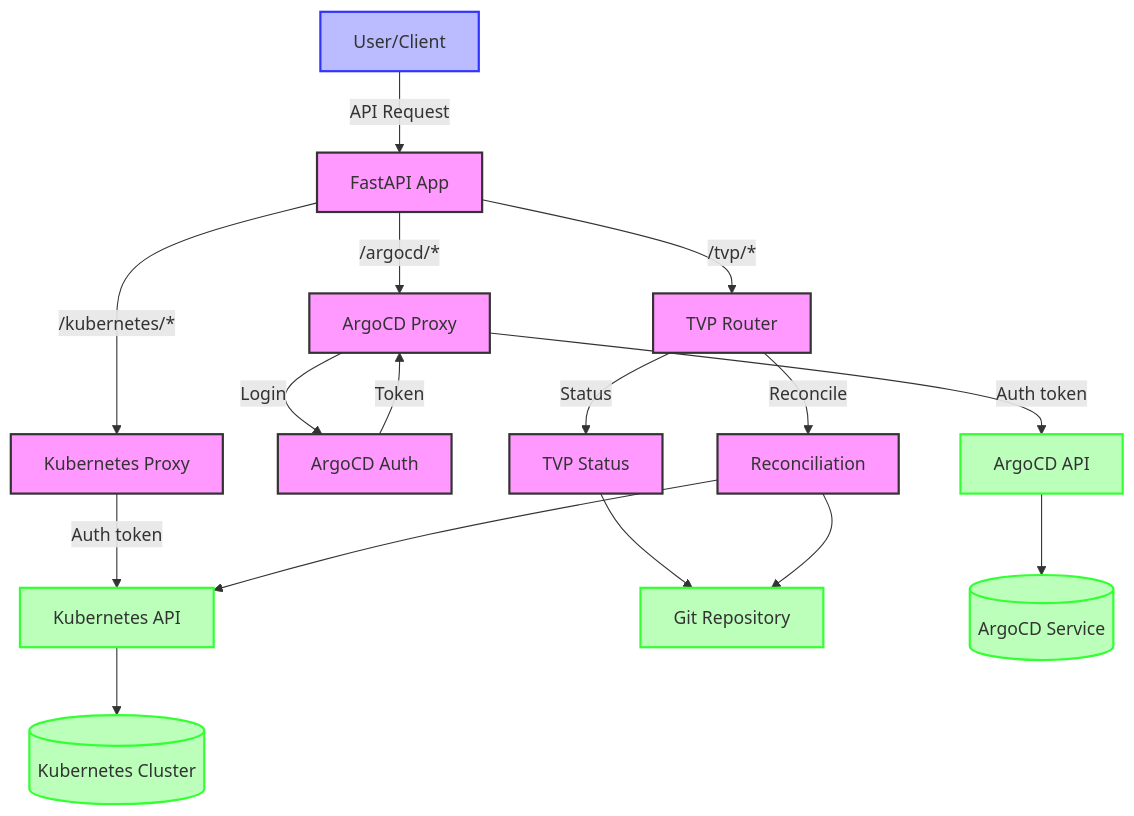
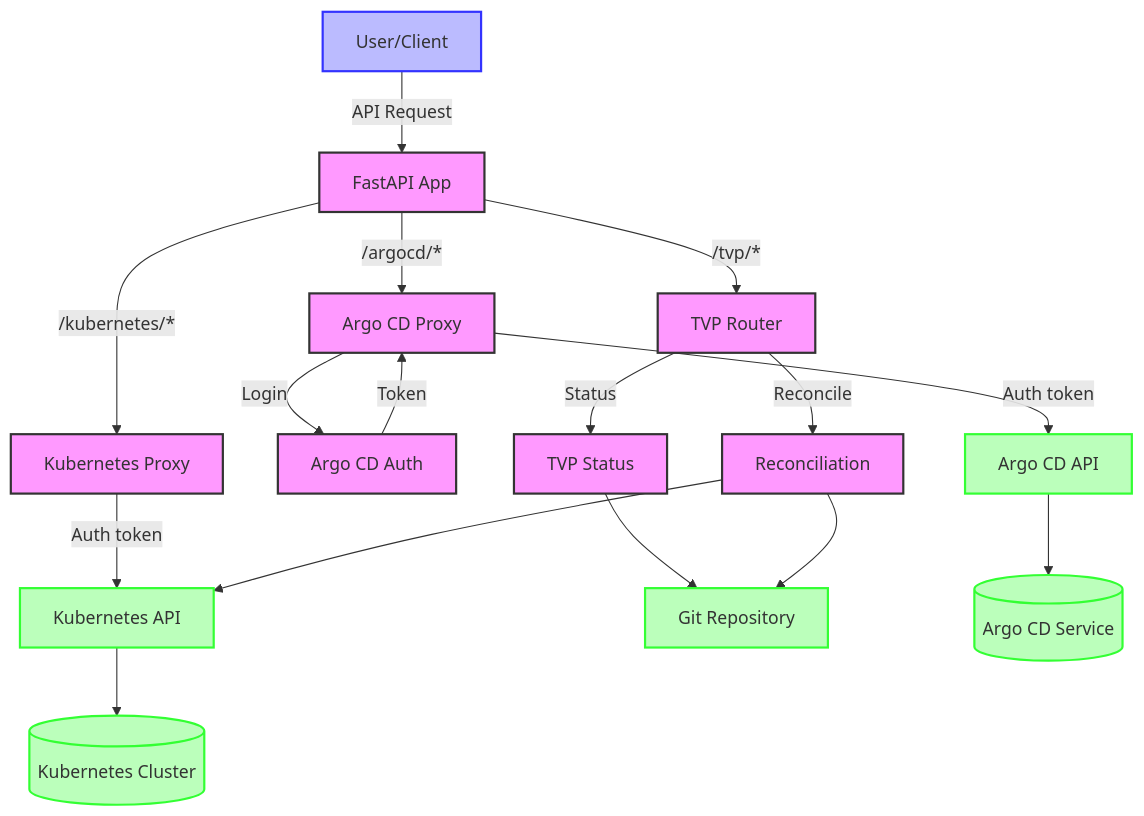
Before and after one commit to lloydchang/tvp-k8s: the ninth of 9 diagrams in README.md, drawn with Mermaid. The commit also changed other lines of this file and 5 other files, not shown here.

````diff
--- a/README.md
+++ b/README.md
@@ -413,32 +413,32 @@
 ```mermaid
 flowchart TD
     User[User/Client] -->|API Request| API[FastAPI App]
     
     API -->|/kubernetes/*| KP[Kubernetes Proxy]
-    API -->|/argocd/*| AP[ArgoCD Proxy]
+    API -->|/argocd/*| AP[Argo CD Proxy]
     API -->|/tvp/*| TVP[TVP Router]
     
     KP -->|Auth token| KA[Kubernetes API]
-    AP -->|Login| Auth[ArgoCD Auth]
+    AP -->|Login| Auth[Argo CD Auth]
     Auth -->|Token| AP
-    AP -->|Auth token| AA[ArgoCD API]
+    AP -->|Auth token| AA[Argo CD API]
     
     TVP -->|Status| TS[TVP Status]
     TVP -->|Reconcile| R[Reconciliation]
     
     TS --> Git[Git Repository]
     R --> Git
     R --> KA
     
     KA --> K8s[(Kubernetes Cluster)]
-    AA --> ArgoCD[(ArgoCD Service)]
+    AA --> ArgoCD[(Argo CD Service)]
     
     classDef user fill:#bbf,stroke:#33f,stroke-width:2px
     classDef app fill:#f9f,stroke:#333,stroke-width:2px
     classDef external fill:#bfb,stroke:#3f3,stroke-width:2px
     
     class User user
     class API,KP,AP,TVP,TS,R,Auth app
     class K8s,ArgoCD,Git,KA,AA external
 
 ```
````
